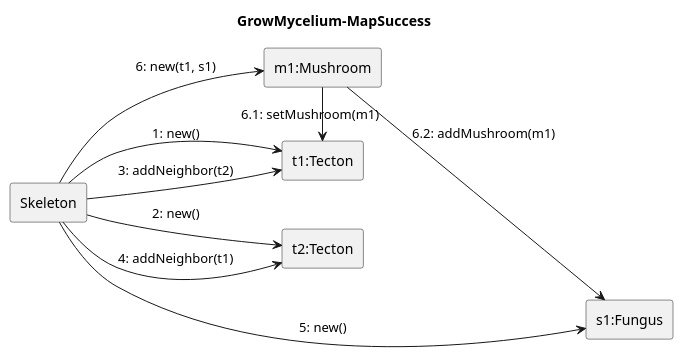
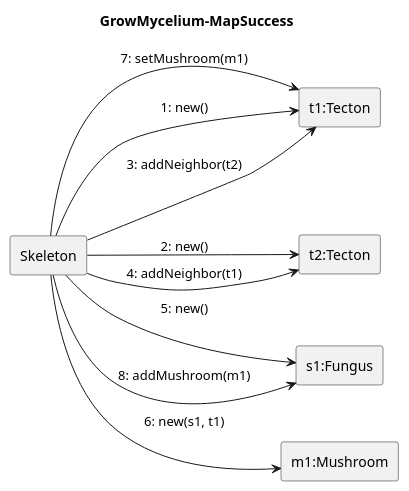
Before and after one commit to ZD4ve/projlab-error521: the diagram in Skeleton/Grow-mycelium/map-success.puml, drawn with PlantUML. The commit also changed 4 other files, not shown here.

Commit message:
broken skeleton diagrams fixed

```diff
--- a/Skeleton/Grow-mycelium/map-success.puml
+++ b/Skeleton/Grow-mycelium/map-success.puml
@@ -1,22 +1,22 @@
 @startuml Grow-mycelium/map-success
 'skinparam linetype ortho
 left to right direction
 title GrowMycelium-MapSuccess
 
 rectangle Skeleton
 
 rectangle "t1:Tecton" as t1
 rectangle "t2:Tecton" as t2
 rectangle "s1:Fungus" as s1
 rectangle "m1:Mushroom" as m1
 
 Skeleton --> t1: 1: new()
 Skeleton --> t2: 2: new()
 Skeleton --> t1: 3: addNeighbor(t2)
 Skeleton --> t2: 4: addNeighbor(t1)
 Skeleton --> s1 : 5: new()
-Skeleton --> m1: 6: new(t1, s1)
-m1 -> t1 : 6.1: setMushroom(m1)
-m1 --> s1 : 6.2: addMushroom(m1)
+Skeleton --> m1: 6: new(s1, t1)
+Skeleton -> t1 : 7: setMushroom(m1)
+Skeleton --> s1 : 8: addMushroom(m1)
 
 @enduml
```
